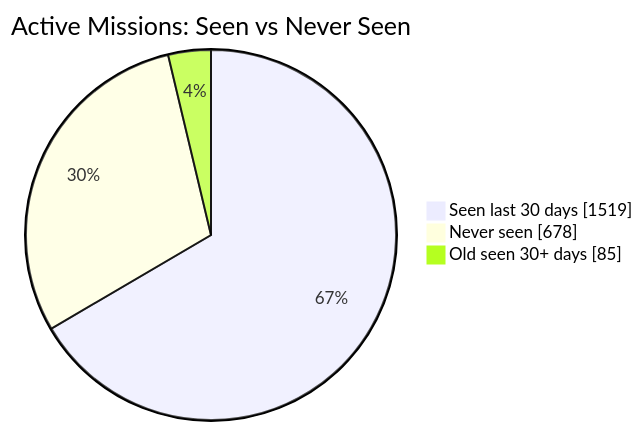
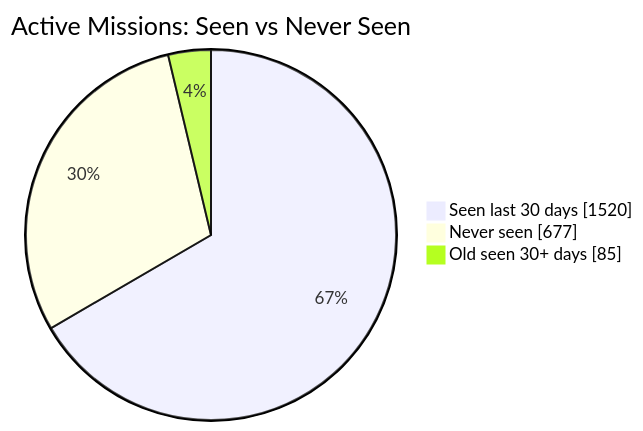
Before and after one commit to MeldkamerspelGameTeam/active-missions: the first of 2 diagrams in README.md, drawn with Mermaid. The commit also changed other lines of this file and 2 other files, not shown here.

````diff
--- a/README.md
+++ b/README.md
@@ -34,7 +34,7 @@
 ```mermaid
 pie showData
     title Active Missions: Seen vs Never Seen
-    "Seen last 30 days" : 1519
-    "Never seen" : 678
+    "Seen last 30 days" : 1520
+    "Never seen" : 677
     "Old seen 30+ days" : 85
 ```
````
